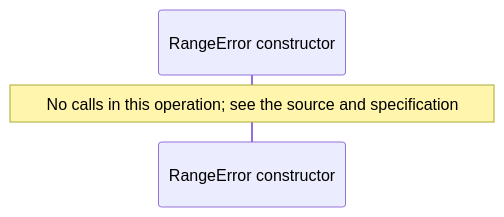
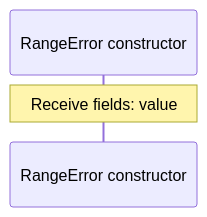
The third of 5 diagrams in docs/examples/approved-design/domain/numbers-diagrams.md (GreenPandaStudios/augscript), drawn with Mermaid before and after one commit. The commit also changed other lines of this file and 289 other files, not shown here.

Commit message:
Correct diagram control flow and complete generated wiki navigation

````diff
--- a/docs/examples/approved-design/domain/numbers-diagrams.md
+++ b/docs/examples/approved-design/domain/numbers-diagrams.md
@@ -52,6 +52,6 @@
 ```mermaid
 sequenceDiagram
     participant p0 as RangeError constructor
 
-    Note over p0: No calls in this operation#59; see the source and specification
+    Note over p0: Receive fields: value
 ```
````
